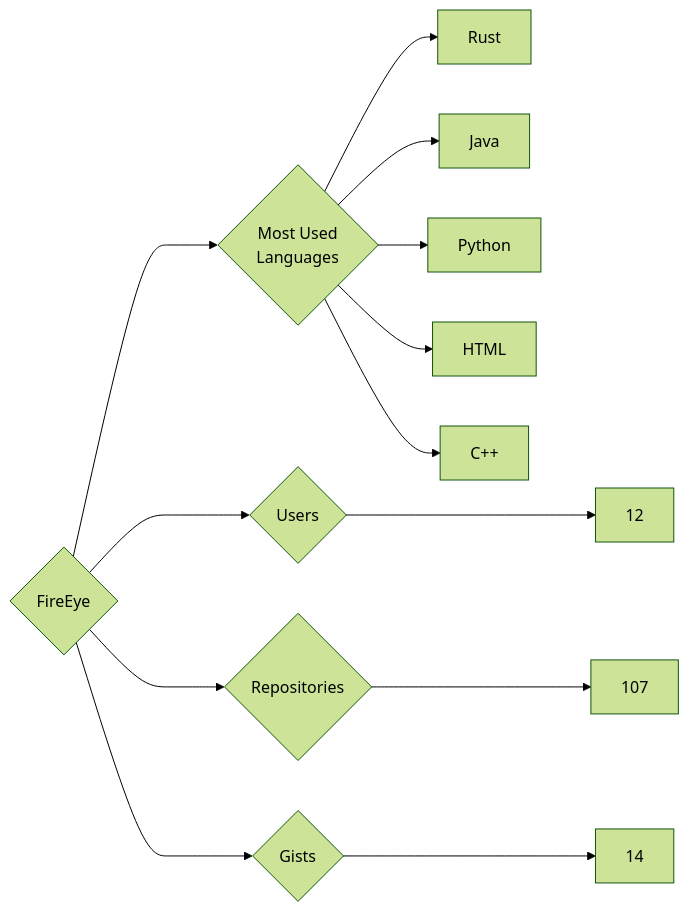
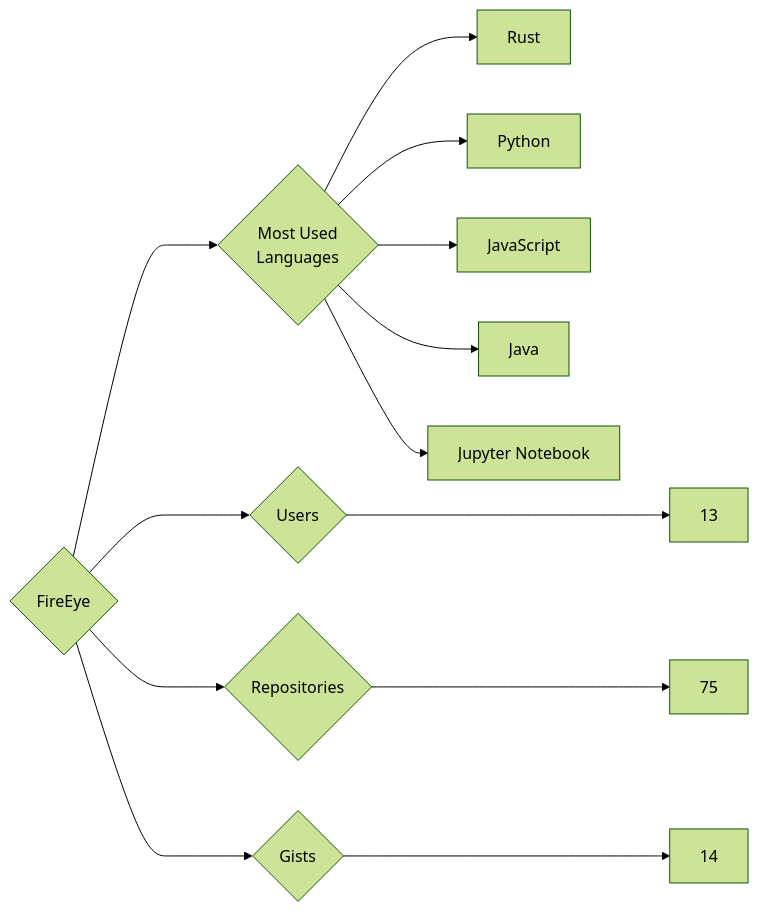
Before and after one commit to trickest/insiders: the diagram in targets/FireEye/README.md, drawn with Mermaid (forest theme). The commit also changed 1238 other files, not shown here.

````diff
--- a/targets/FireEye/README.md
+++ b/targets/FireEye/README.md
@@ -3,13 +3,13 @@
 ```mermaid
 graph LR
 COMPANY_NAME{FireEye}
-COMPANY_NAME ---> U{Users} ---> UN[12]
-COMPANY_NAME ---> R{Repositories} ---> RN[107]
+COMPANY_NAME ---> U{Users} ---> UN[13]
+COMPANY_NAME ---> R{Repositories} ---> RN[75]
 COMPANY_NAME ---> G{Gists} ---> GN[14]
 COMPANY_NAME ---> ML{Most Used<br>Languages}
 ML --> Rust[Rust]
+ML --> Python[Python]
+ML --> JavaScript[JavaScript]
 ML --> Java[Java]
-ML --> Python[Python]
-ML --> HTML[HTML]
-ML --> C++[C++]
+ML --> Jupyter_Notebook[Jupyter Notebook]
 ```
````
